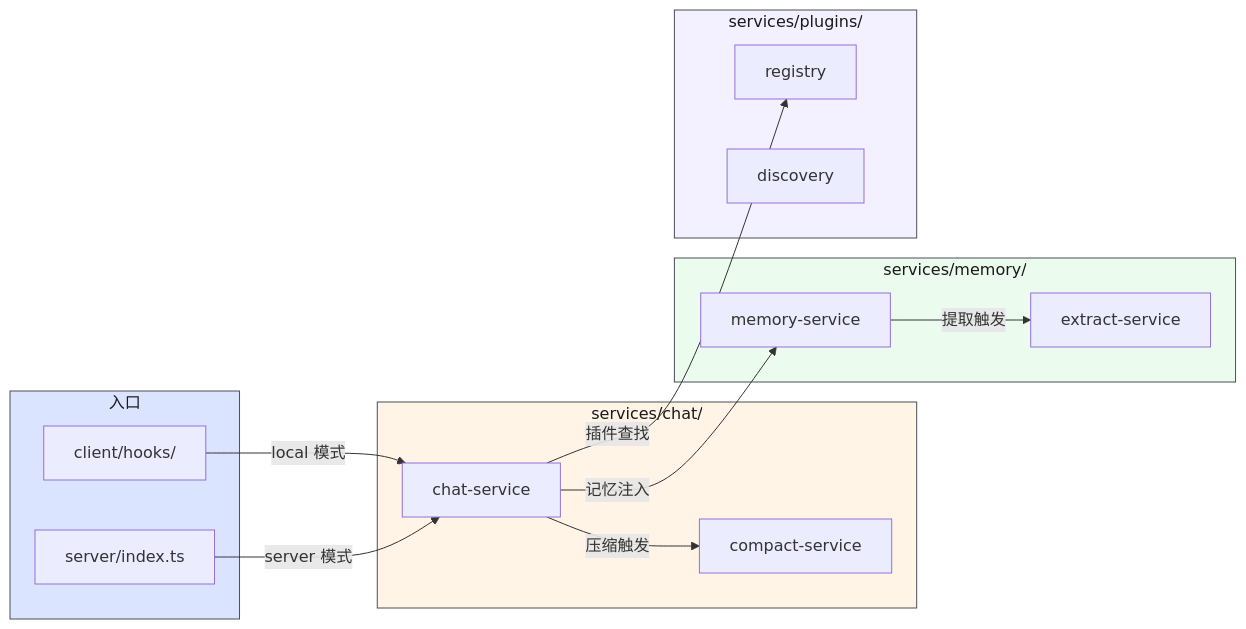
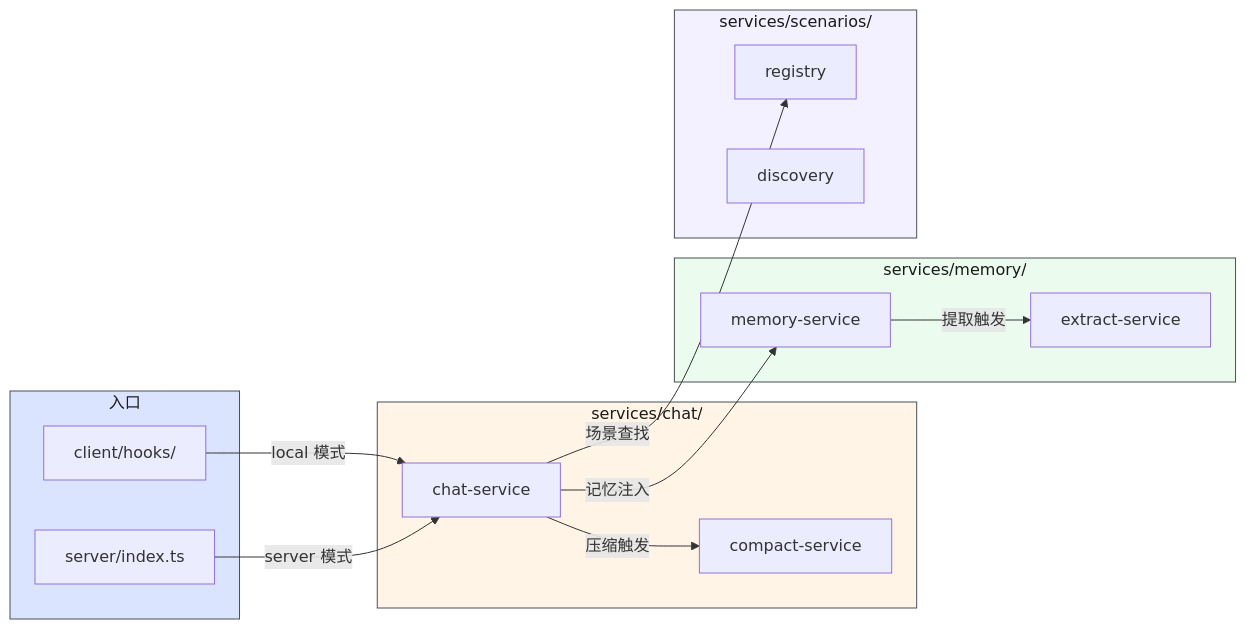
One commit to yjzaaa/leave-approval-agent changed the second of 3 diagrams in src/services/CLAUDE.md. Above: the diagram before and after it, drawn with Mermaid. The commit also changed other lines of this file and 80 other files, not shown here.

````diff
--- a/src/services/CLAUDE.md
+++ b/src/services/CLAUDE.md
@@ -81,34 +81,34 @@
 ```mermaid
 graph LR
     subgraph Input["入口"]
         Client["client/hooks/"]
         Server["server/index.ts"]
     end
 
     subgraph SvcChat["services/chat/"]
         ChatSvc["chat-service"]
         CompactSvc["compact-service"]
     end
 
     subgraph SvcMem["services/memory/"]
         MemSvc["memory-service"]
         ExtractSvc["extract-service"]
     end
 
-    subgraph SvcPlugin["services/plugins/"]
+    subgraph SvcPlugin["services/scenarios/"]
         Reg["registry"]
         Disc["discovery"]
     end
 
     Client -->|"local 模式"| ChatSvc
     Server -->|"server 模式"| ChatSvc
     ChatSvc -->|"压缩触发"| CompactSvc
     ChatSvc -->|"记忆注入"| MemSvc
     MemSvc -->|"提取触发"| ExtractSvc
-    ChatSvc -->|"插件查找"| Reg
+    ChatSvc -->|"场景查找"| Reg
 
     style Input fill:#dbe4ff,stroke:#495057,color:#1a1a1a
     style SvcChat fill:#fff4e6,stroke:#495057,color:#1a1a1a
     style SvcMem fill:#ebfbee,stroke:#495057,color:#1a1a1a
     style SvcPlugin fill:#f3f0ff,stroke:#495057,color:#1a1a1a
 ```
````
